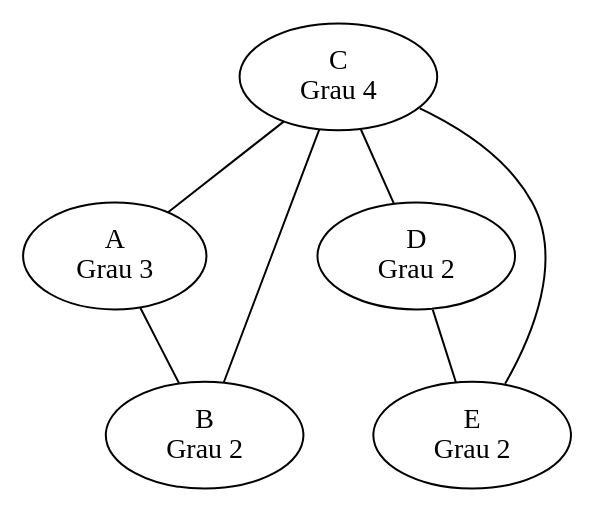
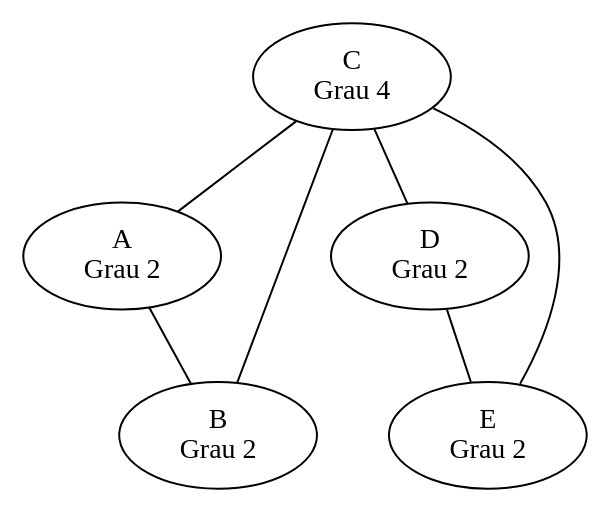
Before and after one commit to davigledson/graph_studies: the diagram in q2_9_grau.dot, drawn with Graphviz. The commit also changed 27 other files, not shown here.

```diff
--- a/q2_9_grau.dot
+++ b/q2_9_grau.dot
@@ -1,15 +1,15 @@
 graph Grafo {
     C [label="C\n Grau 4"];
-    A [label="A\nGrau 3"];
+    A [label="A\n Grau 2"];
     B [label="B\n Grau 2"];
     D [label="D\n Grau 2"];
     E [label="E\n Grau 2"];
 
     C -- A;
     C -- B;
     C -- D;
     C -- E;
 
     A -- B ;
     D -- E ;
 }
```
